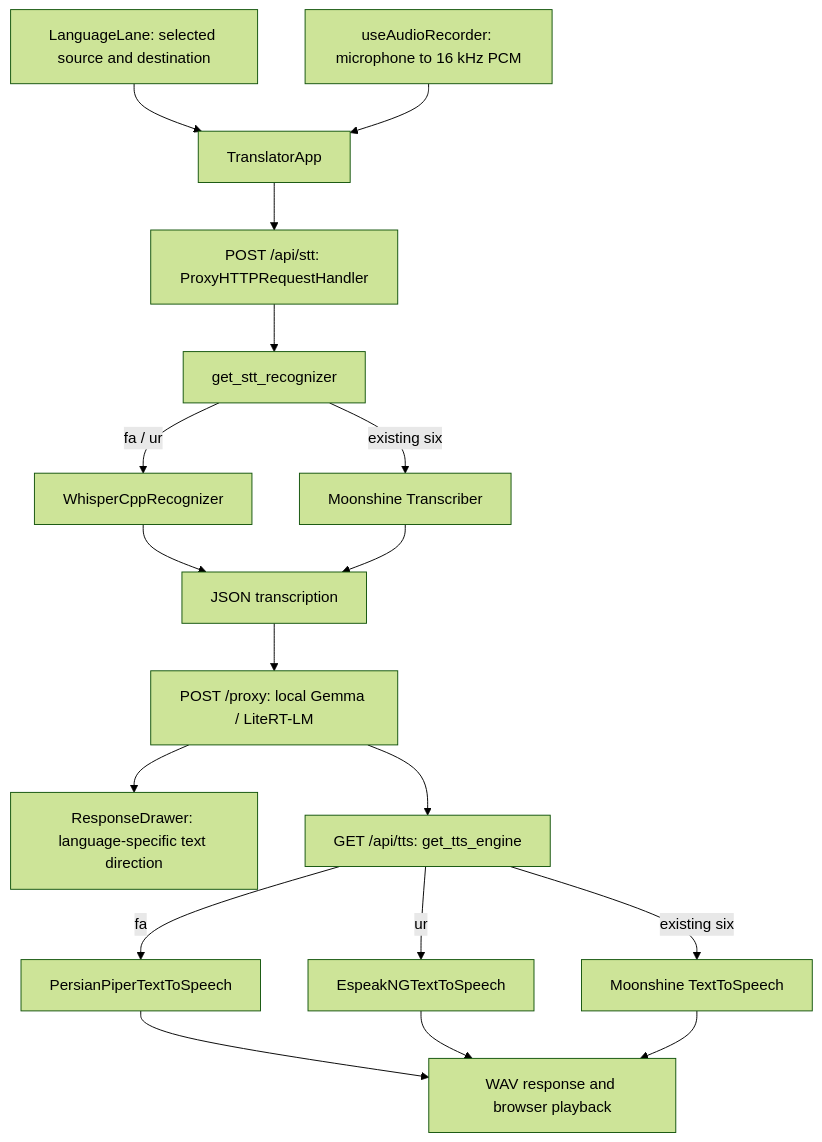
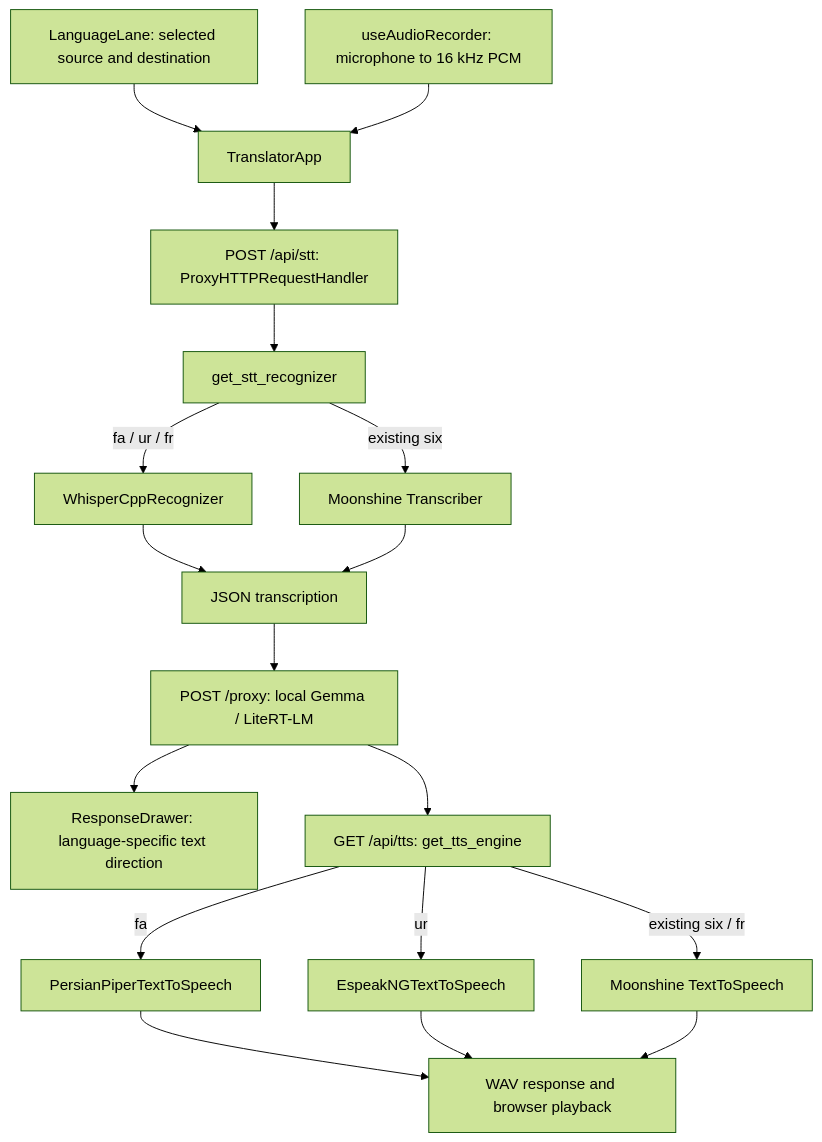
Before and after one commit to 10SARKASH01/gemma-translator: the diagram in docs/OFFLINE_LANGUAGES.md, drawn with Mermaid (forest theme). The commit also changed other lines of this file and 11 other files, not shown here.

````diff
--- a/docs/OFFLINE_LANGUAGES.md
+++ b/docs/OFFLINE_LANGUAGES.md
@@ -13,20 +14,20 @@
 ```mermaid
 flowchart TD
     Lane[LanguageLane: selected source and destination] --> App[TranslatorApp]
     Mic[useAudioRecorder: microphone to 16 kHz PCM] --> App
     App --> STT[POST /api/stt: ProxyHTTPRequestHandler]
     STT --> Router[get_stt_recognizer]
-    Router -->|fa / ur| Whisper[WhisperCppRecognizer]
+    Router -->|fa / ur / fr| Whisper[WhisperCppRecognizer]
     Router -->|existing six| MoonSTT[Moonshine Transcriber]
     Whisper --> Transcript[JSON transcription]
     MoonSTT --> Transcript
     Transcript --> Gemma[POST /proxy: local Gemma / LiteRT-LM]
     Gemma --> Drawer[ResponseDrawer: language-specific text direction]
     Gemma --> TTS[GET /api/tts: get_tts_engine]
     TTS -->|fa| Piper[PersianPiperTextToSpeech]
     TTS -->|ur| Espeak[EspeakNGTextToSpeech]
-    TTS -->|existing six| MoonTTS[Moonshine TextToSpeech]
+    TTS -->|existing six / fr| MoonTTS[Moonshine TextToSpeech]
     Piper --> WAV[WAV response and browser playback]
     Espeak --> WAV
     MoonTTS --> WAV
 ```
````
